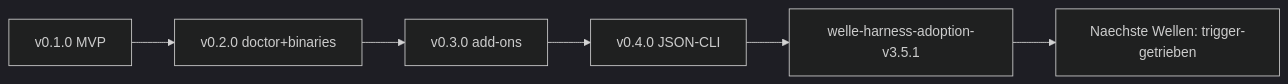
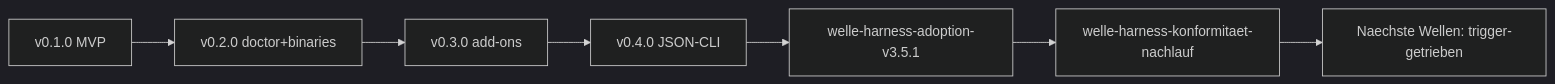
One commit to pt9912/u-boot changed the diagram in docs/plan/planning/in-progress/roadmap.md. Above: the diagram before and after it, drawn with Mermaid (dark theme). The commit also changed other lines of this file and 4 other files, not shown here.

First line of the commit message:
harness: Welle Konformitaets-Nachlauf eroeffnet, 4 open/-Slices gestubbt

````diff
--- a/docs/plan/planning/in-progress/roadmap.md
+++ b/docs/plan/planning/in-progress/roadmap.md
@@ -57,11 +63,12 @@
 ```mermaid
 flowchart LR
     V1[v0.1.0 MVP]
     V2[v0.2.0 doctor+binaries]
     V3[v0.3.0 add-ons]
     V4[v0.4.0 JSON-CLI]
     H[welle-harness-adoption-v3.5.1]
+    K[welle-harness-konformitaet-nachlauf]
     N[Naechste Wellen: trigger-getrieben]
 
-    V1 --> V2 --> V3 --> V4 --> H --> N
+    V1 --> V2 --> V3 --> V4 --> H --> K --> N
 ```
````
